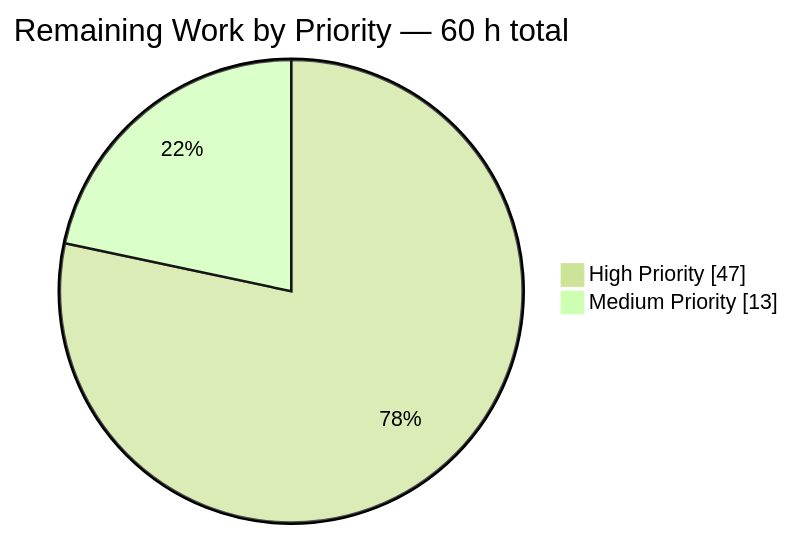
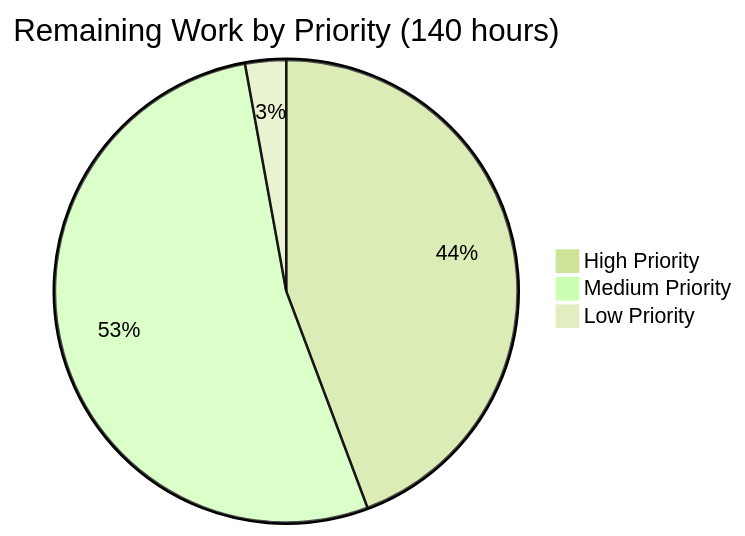
The third of 4 diagrams in blitzy/documentation/Project Guide.md (Blitzy-Sandbox/blitzy-WebVella-ERP), drawn with Mermaid (forest theme) before and after one commit. The commit also changed other lines of this file, not shown here.

Commit message:
Adding Blitzy Project Guide: Project Status and Human Tasks Remaining

````diff
--- a/blitzy/documentation/Project Guide.md
+++ b/blitzy/documentation/Project Guide.md
@@ -292,5 +271,6 @@
 ```mermaid
-pie showData title Remaining Work by Priority — 60 h total
-    "High Priority" : 47
-    "Medium Priority" : 13
+pie title Remaining Work by Priority (140 hours)
+    "High Priority" : 62
+    "Medium Priority" : 74
+    "Low Priority" : 4
 ```
````
